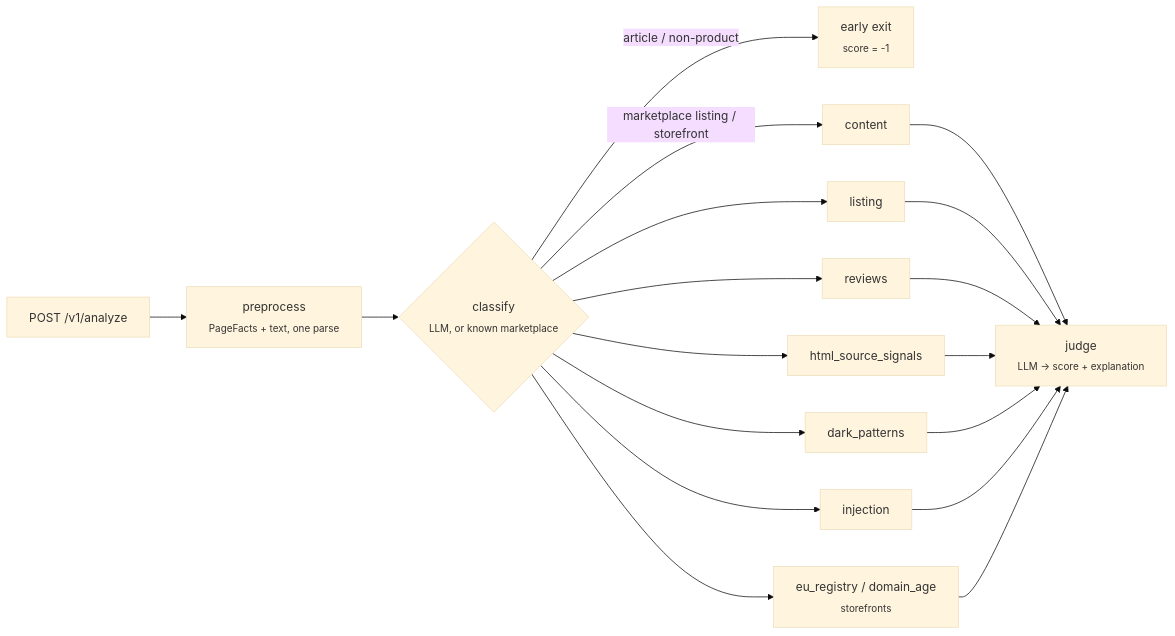
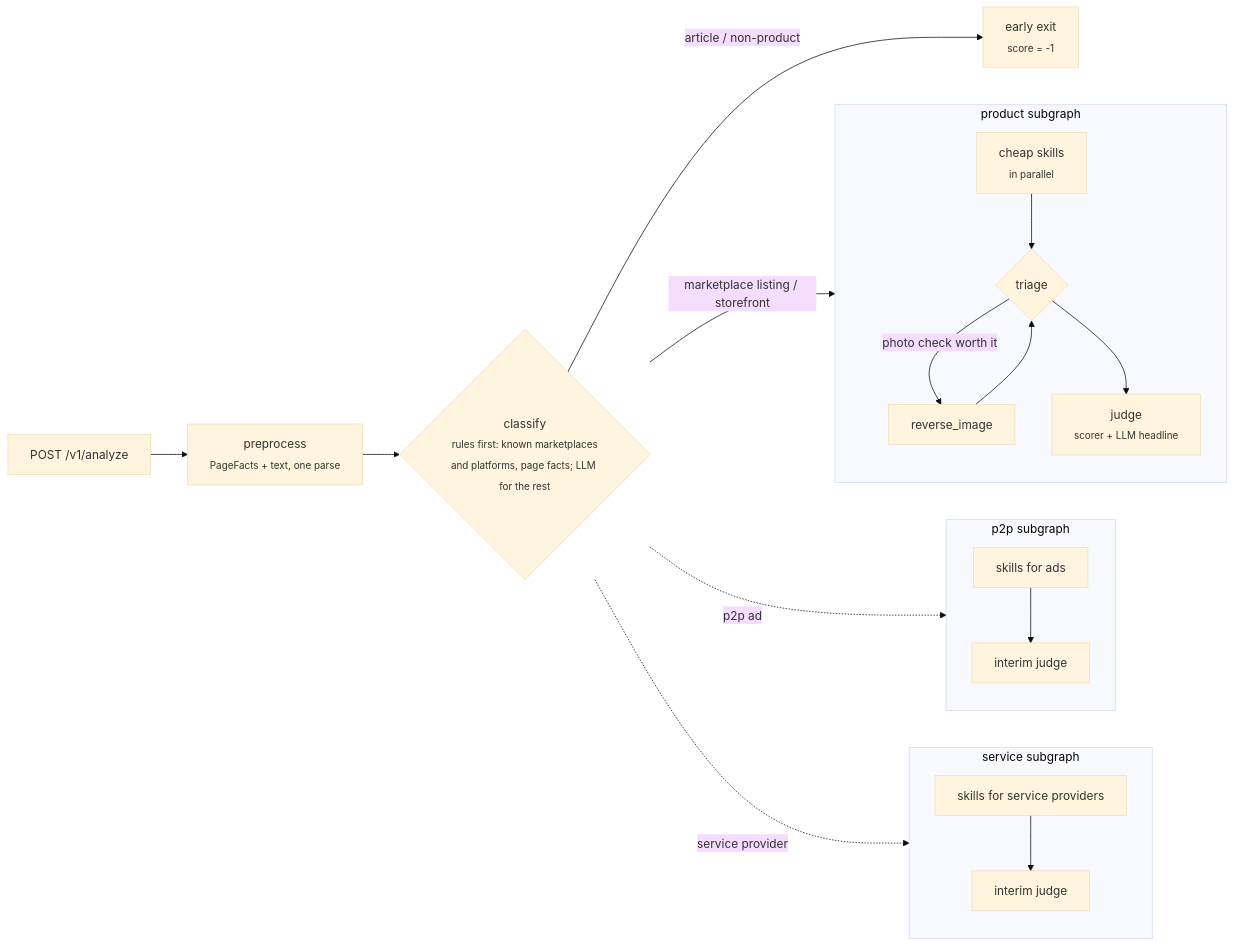
One commit to kroshtan/unfret_backend changed the diagram in README.md. Above: the diagram before and after it, drawn with Mermaid (base theme). The commit also changed other lines of this file and 37 other files, not shown here.

First line of the commit message:
Foundation for p2p and service pages: page classes, subgraphs, business facts

````diff
--- a/README.md
+++ b/README.md
@@ -23,14 +23,19 @@
 ```mermaid
 flowchart LR
     A[POST /v1/analyze] --> P[preprocess<br/><sub>PageFacts + text, one parse</sub>]
-    P --> C{classify<br/><sub>LLM, or known marketplace</sub>}
+    P --> C{classify<br/><sub>rules first: known marketplaces<br/>and platforms, page facts; LLM for the rest</sub>}
     C -- article / non-product --> X[early exit<br/><sub>score = -1</sub>]
-    C -- marketplace listing / storefront --> S1[content]
-    C --> S2[listing]
-    C --> S3[reviews]
-    C --> S4[html_source_signals]
-    C --> S5[dark_patterns]
-    C --> S6[injection]
-    C --> S7[eu_registry / domain_age<br/><sub>storefronts</sub>]
-    S1 & S2 & S3 & S4 & S5 & S6 & S7 --> J[judge<br/><sub>LLM → score + explanation</sub>]
+    C -- marketplace listing / storefront --> PR
+    C -. p2p ad .-> PP
+    C -. service provider .-> SV
+    subgraph PR [product subgraph]
+        S[cheap skills<br/><sub>in parallel</sub>] --> T{triage} -- photo check worth it --> R[reverse_image] --> T
+        T --> J[judge<br/><sub>scorer + LLM headline</sub>]
+    end
+    subgraph PP [p2p subgraph]
+        S2[skills for ads] --> J2[interim judge]
+    end
+    subgraph SV [service subgraph]
+        S3[skills for service providers] --> J3[interim judge]
+    end
 ```
````
